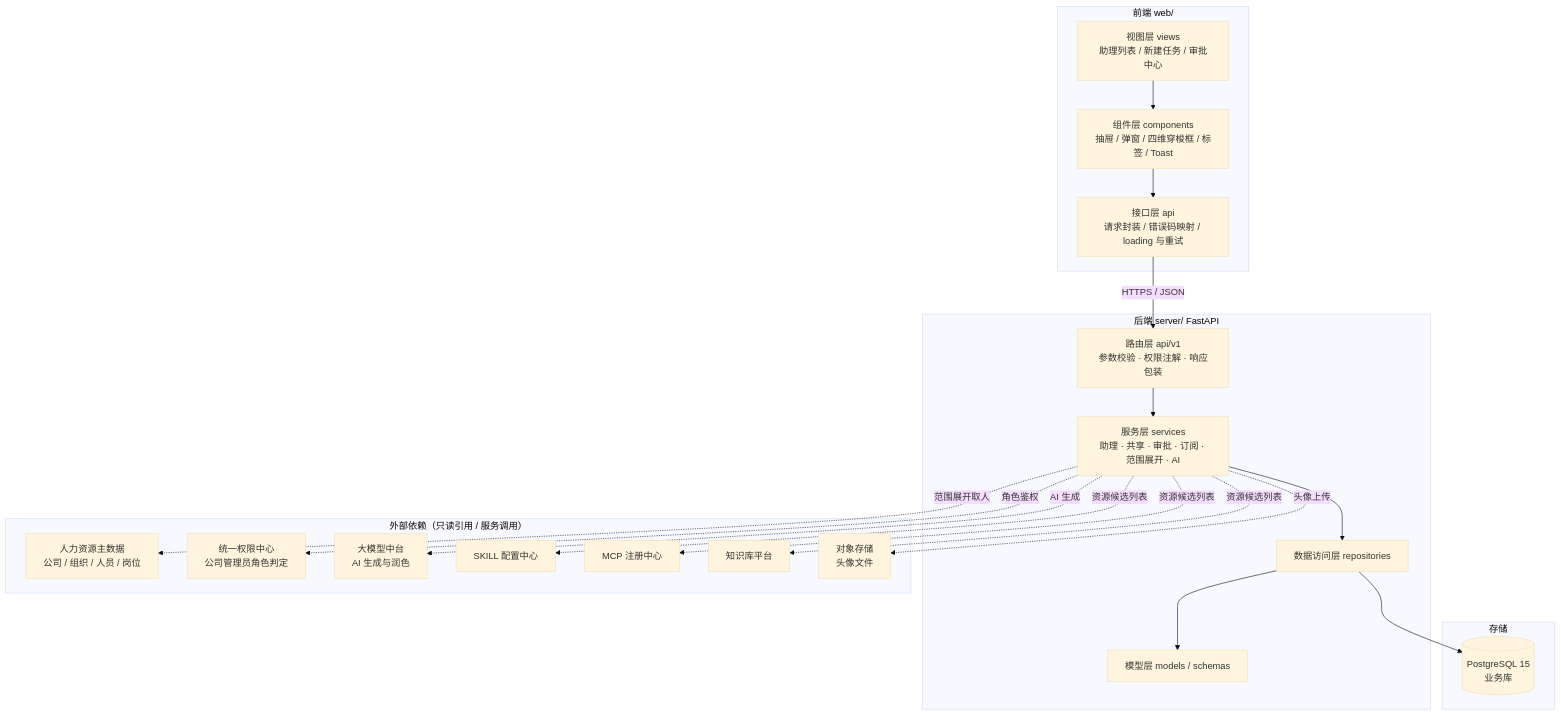
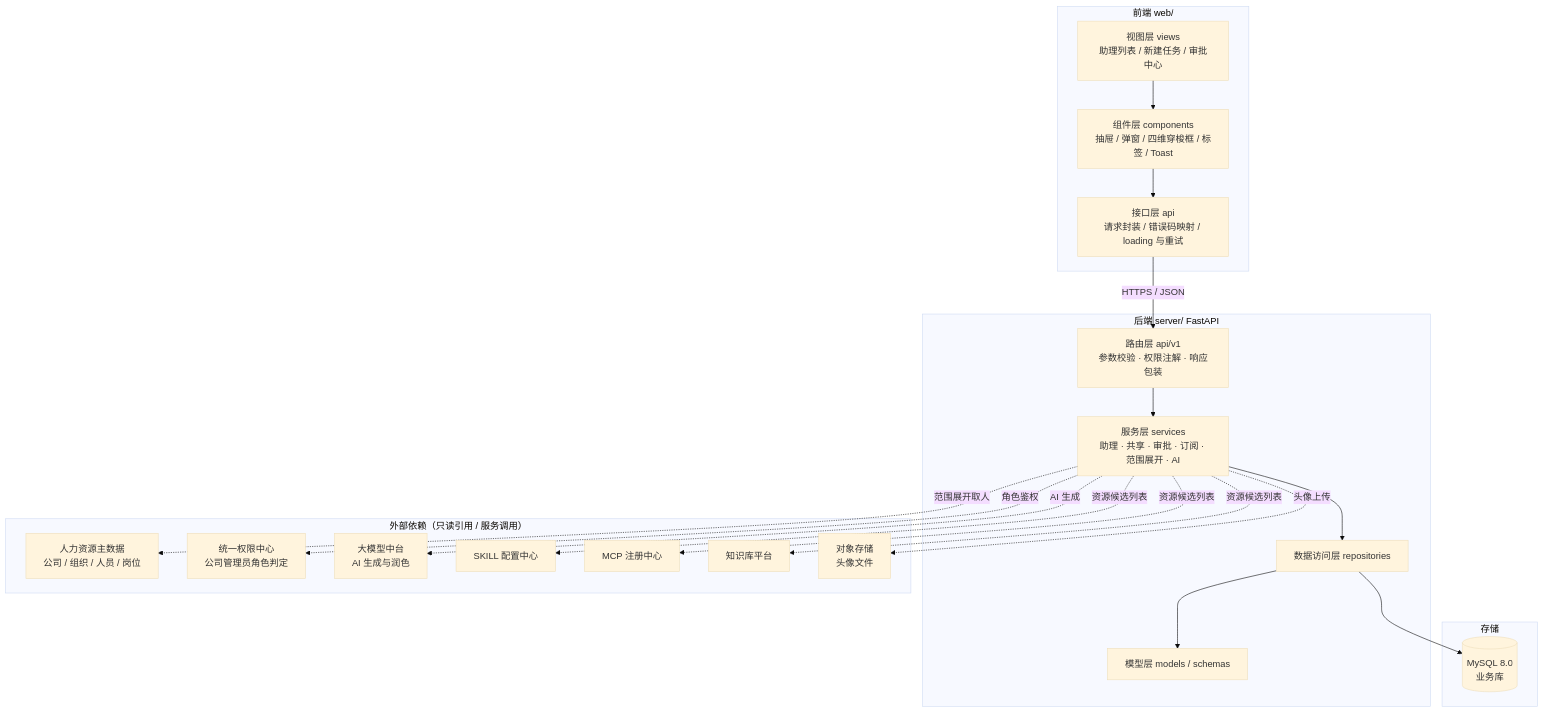
The first of 6 diagrams in docs/01-总体架构设计.md (kemix-zjj/agent_assistant), drawn with Mermaid (base theme) before and after one commit. The commit also changed other lines of this file and 2 other files, not shown here.

Commit message:
docs: 设计文档数据库口径改为 MySQL 8.0，忽略本地环境变量文件

````diff
--- a/docs/01-总体架构设计.md
+++ b/docs/01-总体架构设计.md
@@ -119,41 +119,41 @@
 ```mermaid
 flowchart TB
     subgraph FE["前端 web/"]
         V["视图层 views<br/>助理列表 / 新建任务 / 审批中心"]
         C["组件层 components<br/>抽屉 / 弹窗 / 四维穿梭框 / 标签 / Toast"]
         A["接口层 api<br/>请求封装 / 错误码映射 / loading 与重试"]
         V --> C --> A
     end
 
     subgraph BE["后端 server/ FastAPI"]
         R["路由层 api/v1<br/>参数校验 · 权限注解 · 响应包装"]
         S["服务层 services<br/>助理 · 共享 · 审批 · 订阅 · 范围展开 · AI"]
         P["数据访问层 repositories"]
         M["模型层 models / schemas"]
         R --> S --> P --> M
     end
 
     subgraph DB["存储"]
-        PG[("PostgreSQL 15<br/>业务库")]
+        PG[("MySQL 8.0<br/>业务库")]
     end
 
     subgraph EXT["外部依赖（只读引用 / 服务调用）"]
         E1["人力资源主数据<br/>公司 / 组织 / 人员 / 岗位"]
         E2["统一权限中心<br/>公司管理员角色判定"]
         E3["大模型中台<br/>AI 生成与润色"]
         E4["SKILL 配置中心"]
         E5["MCP 注册中心"]
         E6["知识库平台"]
         E7["对象存储<br/>头像文件"]
     end
 
     A -->|"HTTPS / JSON"| R
     P --> PG
     S -.->|"范围展开取人"| E1
     S -.->|"角色鉴权"| E2
     S -.->|"AI 生成"| E3
     S -.->|"资源候选列表"| E4
     S -.->|"资源候选列表"| E5
     S -.->|"资源候选列表"| E6
     S -.->|"头像上传"| E7
 ```
````
